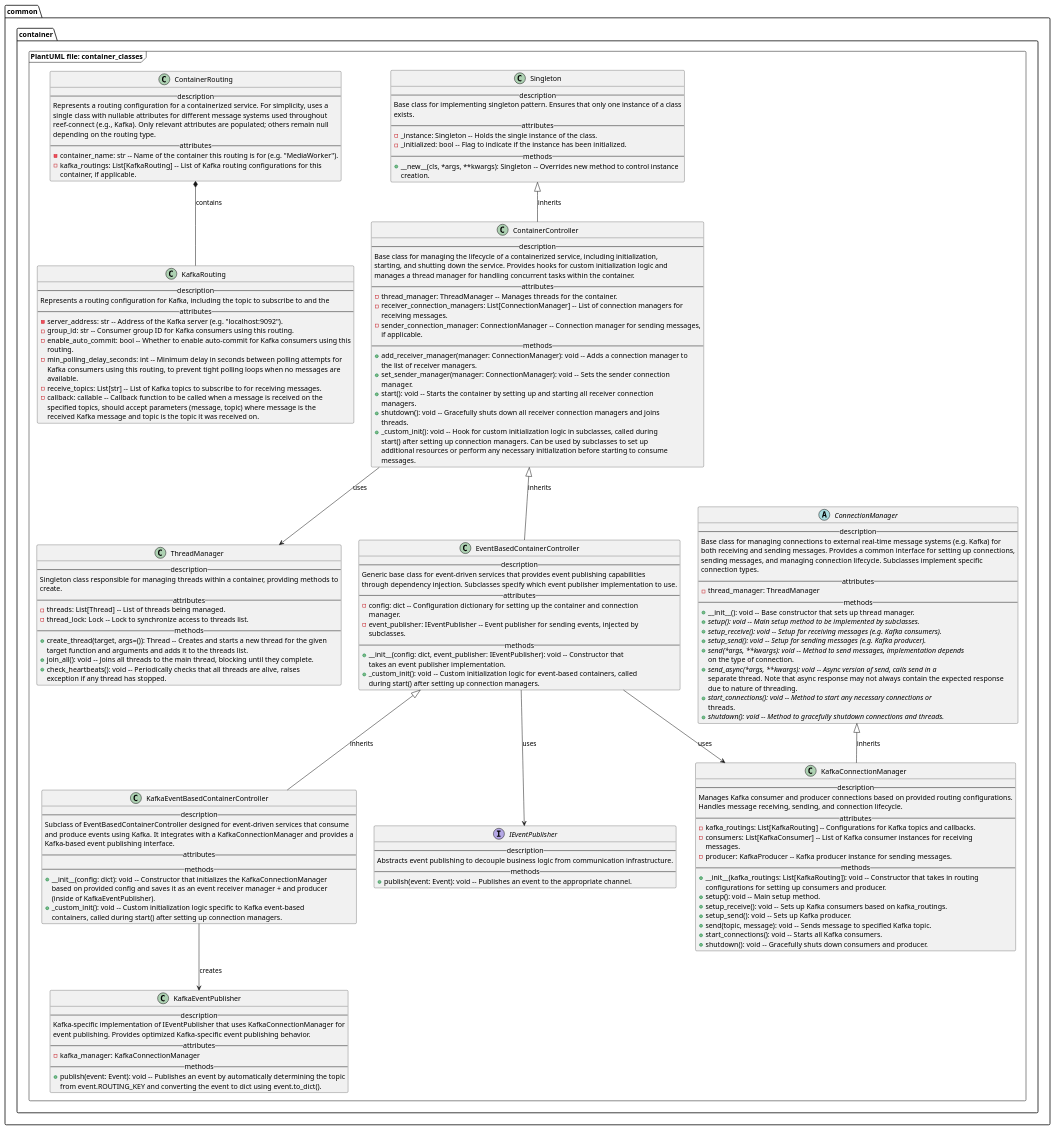
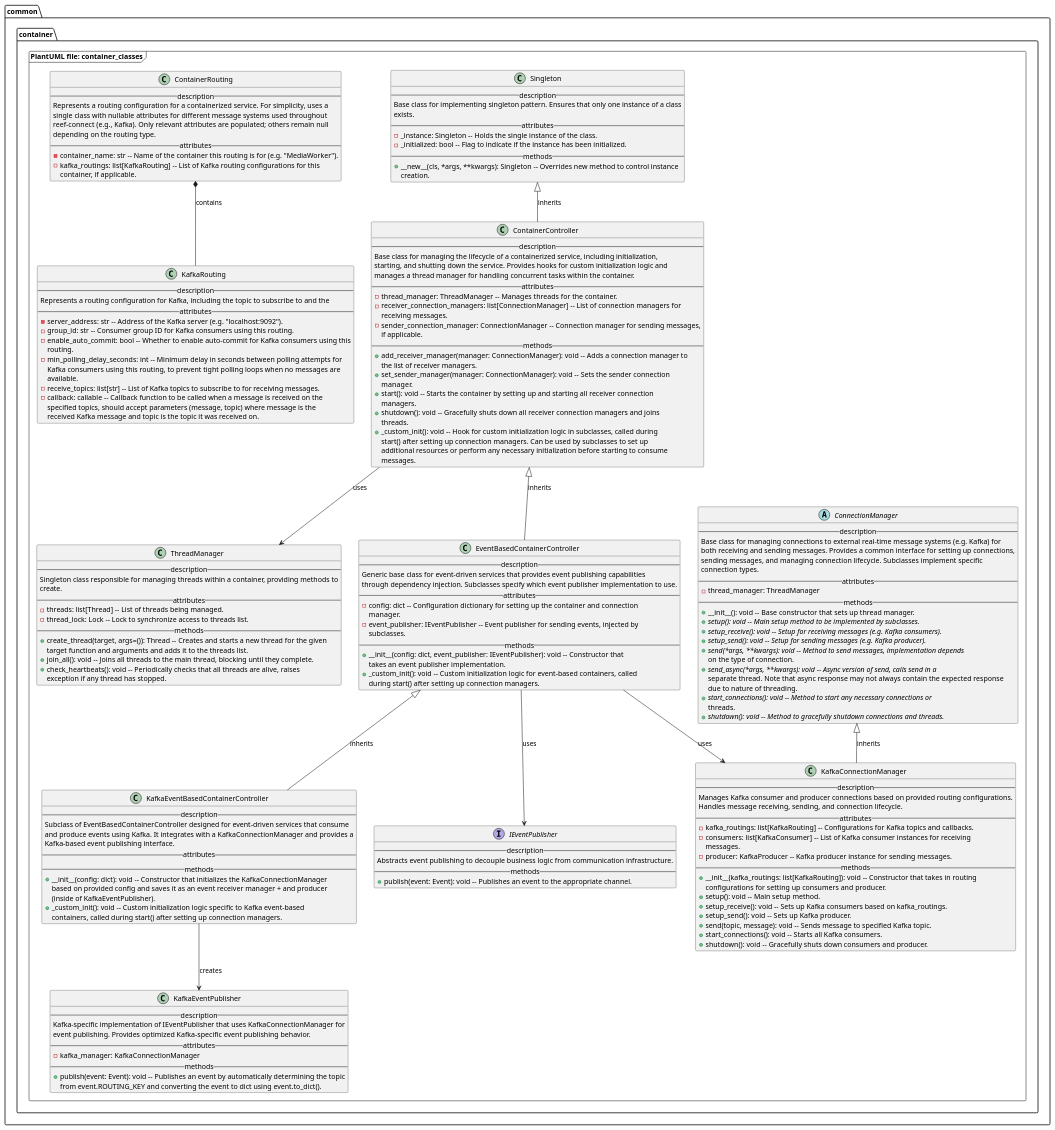
Before and after one commit to MikeF0007/reef-connect: the diagram in designs/class/common/container_classes.puml, drawn with PlantUML. The commit also changed 1 other file, not shown here.

```diff
--- a/designs/class/common/container_classes.puml
+++ b/designs/class/common/container_classes.puml
@@ -1,189 +1,189 @@
 @startuml Container Classes
 
 package "common.container.PlantUML file: container_classes" <<frame>> {
     abstract class ConnectionManager {
         -- description --
         Base class for managing connections to external real-time message systems (e.g. Kafka) for
         both receiving and sending messages. Provides a common interface for setting up connections,
         sending messages, and managing connection lifecycle. Subclasses implement specific
         connection types.
         -- attributes --
         - thread_manager: ThreadManager
         -- methods --
         + __init__(): void -- Base constructor that sets up thread manager.
         {abstract} + setup(): void -- Main setup method to be implemented by subclasses.
         {abstract} + setup_receive(): void -- Setup for receiving messages (e.g. Kafka consumers).
         {abstract} + setup_send(): void -- Setup for sending messages (e.g. Kafka producer).
         {abstract} + send(*args, **kwargs): void -- Method to send messages, implementation depends
             on the type of connection.
         {abstract} + send_async(*args, **kwargs): void -- Async version of send, calls send in a
             separate thread. Note that async response may not always contain the expected response
             due to nature of threading.
         {abstract} + start_connections(): void -- Method to start any necessary connections or
             threads.
         {abstract} + shutdown(): void -- Method to gracefully shutdown connections and threads.
     }
 
     class KafkaConnectionManager {
         -- description --
         Manages Kafka consumer and producer connections based on provided routing configurations.
         Handles message receiving, sending, and connection lifecycle.
         -- attributes --
-        - kafka_routings: List[KafkaRouting] -- Configurations for Kafka topics and callbacks.
-        - consumers: List[KafkaConsumer] -- List of Kafka consumer instances for receiving
+        - kafka_routings: list[KafkaRouting] -- Configurations for Kafka topics and callbacks.
+        - consumers: list[KafkaConsumer] -- List of Kafka consumer instances for receiving
             messages.
         - producer: KafkaProducer -- Kafka producer instance for sending messages.
         -- methods --
-        + __init__(kafka_routings: List[KafkaRouting]): void -- Constructor that takes in routing
+        + __init__(kafka_routings: list[KafkaRouting]): void -- Constructor that takes in routing
             configurations for setting up consumers and producer.
         + setup(): void -- Main setup method.
         + setup_receive(): void -- Sets up Kafka consumers based on kafka_routings.
         + setup_send(): void -- Sets up Kafka producer.
         + send(topic, message): void -- Sends message to specified Kafka topic.
         + start_connections(): void -- Starts all Kafka consumers.
         + shutdown(): void -- Gracefully shuts down consumers and producer.
     }
 
     class ThreadManager {
         -- description --
         Singleton class responsible for managing threads within a container, providing methods to
         create.
         -- attributes --
-        - threads: List[Thread] -- List of threads being managed.
+        - threads: list[Thread] -- List of threads being managed.
         - thread_lock: Lock -- Lock to synchronize access to threads list.
         -- methods --
         + create_thread(target, args=()): Thread -- Creates and starts a new thread for the given
             target function and arguments and adds it to the threads list.
         + join_all(): void -- Joins all threads to the main thread, blocking until they complete.
         + check_heartbeats(): void -- Periodically checks that all threads are alive, raises
             exception if any thread has stopped.
     }
 
     class Singleton {
         -- description --
         Base class for implementing singleton pattern. Ensures that only one instance of a class
         exists.
         -- attributes --
         - _instance: Singleton -- Holds the single instance of the class.
         - _initialized: bool -- Flag to indicate if the instance has been initialized.
         -- methods --
         + __new__(cls, *args, **kwargs): Singleton -- Overrides new method to control instance
             creation.
     }
 
     class ContainerController {
         -- description --
         Base class for managing the lifecycle of a containerized service, including initialization,
         starting, and shutting down the service. Provides hooks for custom initialization logic and
         manages a thread manager for handling concurrent tasks within the container.
         -- attributes --
         - thread_manager: ThreadManager -- Manages threads for the container.
-        - receiver_connection_managers: List[ConnectionManager] -- List of connection managers for
+        - receiver_connection_managers: list[ConnectionManager] -- List of connection managers for
             receiving messages.
         - sender_connection_manager: ConnectionManager -- Connection manager for sending messages,
             if applicable.
         -- methods --
         + add_receiver_manager(manager: ConnectionManager): void -- Adds a connection manager to
             the list of receiver managers.
         + set_sender_manager(manager: ConnectionManager): void -- Sets the sender connection
             manager.
         + start(): void -- Starts the container by setting up and starting all receiver connection
             managers.
         + shutdown(): void -- Gracefully shuts down all receiver connection managers and joins
             threads.
         + _custom_init(): void -- Hook for custom initialization logic in subclasses, called during
             start() after setting up connection managers. Can be used by subclasses to set up
             additional resources or perform any necessary initialization before starting to consume
             messages.
     }
 
     class EventBasedContainerController {
         -- description --
         Generic base class for event-driven services that provides event publishing capabilities
         through dependency injection. Subclasses specify which event publisher implementation to use.
         -- attributes --
         - config: dict -- Configuration dictionary for setting up the container and connection
             manager.
         - event_publisher: IEventPublisher -- Event publisher for sending events, injected by
             subclasses.
         -- methods --
         + __init__(config: dict, event_publisher: IEventPublisher): void -- Constructor that
             takes an event publisher implementation.
         + _custom_init(): void -- Custom initialization logic for event-based containers, called
             during start() after setting up connection managers.
     }
 
     class KafkaEventBasedContainerController {
         -- description --
         Subclass of EventBasedContainerController designed for event-driven services that consume
         and produce events using Kafka. It integrates with a KafkaConnectionManager and provides a
         Kafka-based event publishing interface.
         -- attributes --
         -- methods --
         + __init__(config: dict): void -- Constructor that initializes the KafkaConnectionManager
             based on provided config and saves it as an event receiver manager + and producer
             (inside of KafkaEventPublisher).
         + _custom_init(): void -- Custom initialization logic specific to Kafka event-based
             containers, called during start() after setting up connection managers.
     }
 
     class ContainerRouting {
         -- description --
         Represents a routing configuration for a containerized service. For simplicity, uses a
         single class with nullable attributes for different message systems used throughout
         reef-connect (e.g., Kafka). Only relevant attributes are populated; others remain null
         depending on the routing type.
         -- attributes --
         - container_name: str -- Name of the container this routing is for (e.g. "MediaWorker").
-        - kafka_routings: List[KafkaRouting] -- List of Kafka routing configurations for this
+        - kafka_routings: list[KafkaRouting] -- List of Kafka routing configurations for this
             container, if applicable.
     }
 
     class KafkaRouting {
         -- description --
         Represents a routing configuration for Kafka, including the topic to subscribe to and the
         -- attributes --
         - server_address: str -- Address of the Kafka server (e.g. "localhost:9092").
         - group_id: str -- Consumer group ID for Kafka consumers using this routing.
         - enable_auto_commit: bool -- Whether to enable auto-commit for Kafka consumers using this
             routing.
         - min_polling_delay_seconds: int -- Minimum delay in seconds between polling attempts for
             Kafka consumers using this routing, to prevent tight polling loops when no messages are
             available.
-        - receive_topics: List[str] -- List of Kafka topics to subscribe to for receiving messages.
+        - receive_topics: list[str] -- List of Kafka topics to subscribe to for receiving messages.
         - callback: callable -- Callback function to be called when a message is received on the
             specified topics, should accept parameters (message, topic) where message is the
             received Kafka message and topic is the topic it was received on.
     }
 
     interface IEventPublisher {
         -- description --
         Abstracts event publishing to decouple business logic from communication infrastructure.
         -- methods --
         + publish(event: Event): void -- Publishes an event to the appropriate channel.
     }
 
     class KafkaEventPublisher {
         -- description --
         Kafka-specific implementation of IEventPublisher that uses KafkaConnectionManager for
         event publishing. Provides optimized Kafka-specific event publishing behavior.
         -- attributes --
         - kafka_manager: KafkaConnectionManager
         -- methods --
         + publish(event: Event): void -- Publishes an event by automatically determining the topic
             from event.ROUTING_KEY and converting the event to dict using event.to_dict().
     }
 }
 
 ' Relationships
 ConnectionManager <|-- KafkaConnectionManager : inherits
 Singleton <|-- ContainerController : inherits
 ContainerController <|-- EventBasedContainerController : inherits
 EventBasedContainerController <|-- KafkaEventBasedContainerController : inherits
 ContainerController --> ThreadManager : uses
 EventBasedContainerController --> KafkaConnectionManager : uses
 EventBasedContainerController --> IEventPublisher : uses
 KafkaEventBasedContainerController --> KafkaEventPublisher : creates
 ContainerRouting *-- KafkaRouting : contains
 
 @enduml
```
